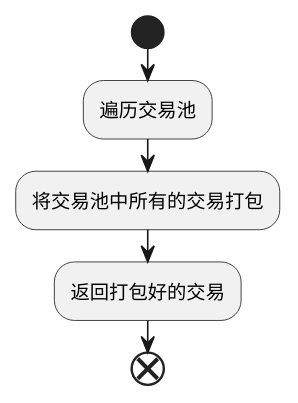
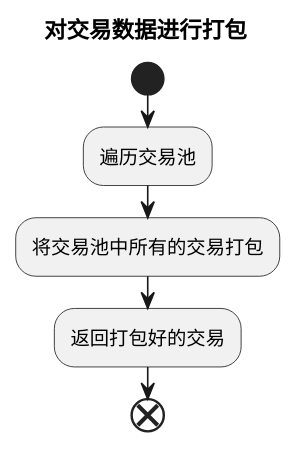
Before and after one commit to alvinleee/matrix-work: the diagram in doc/packageTxInPool.wsd, drawn with PlantUML. The commit also changed 6 other files, not shown here.

Commit message:
update leader的具体函数流程图

```diff
--- a/doc/packageTxInPool.wsd
+++ b/doc/packageTxInPool.wsd
@@ -1,7 +1,8 @@
 @startuml
+title 对交易数据进行打包
 start
 :遍历交易池;
 :将交易池中所有的交易打包;
 :返回打包好的交易;
 end
 @enduml
```
